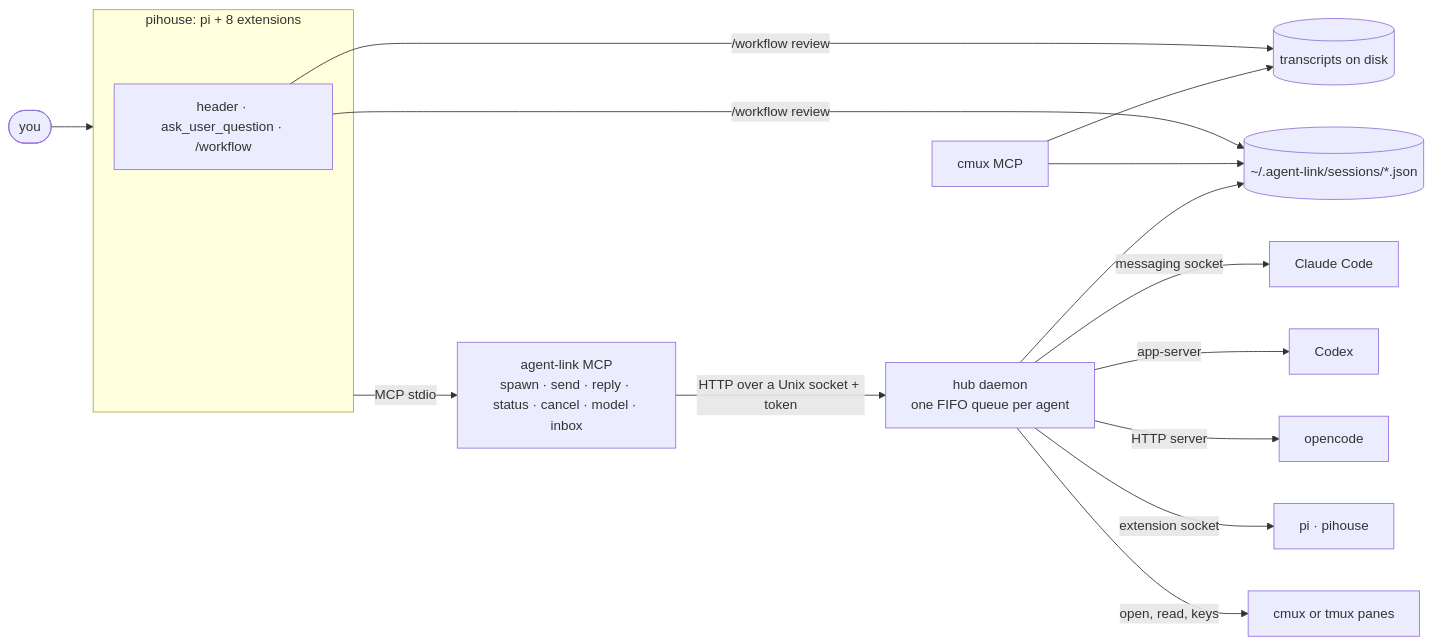
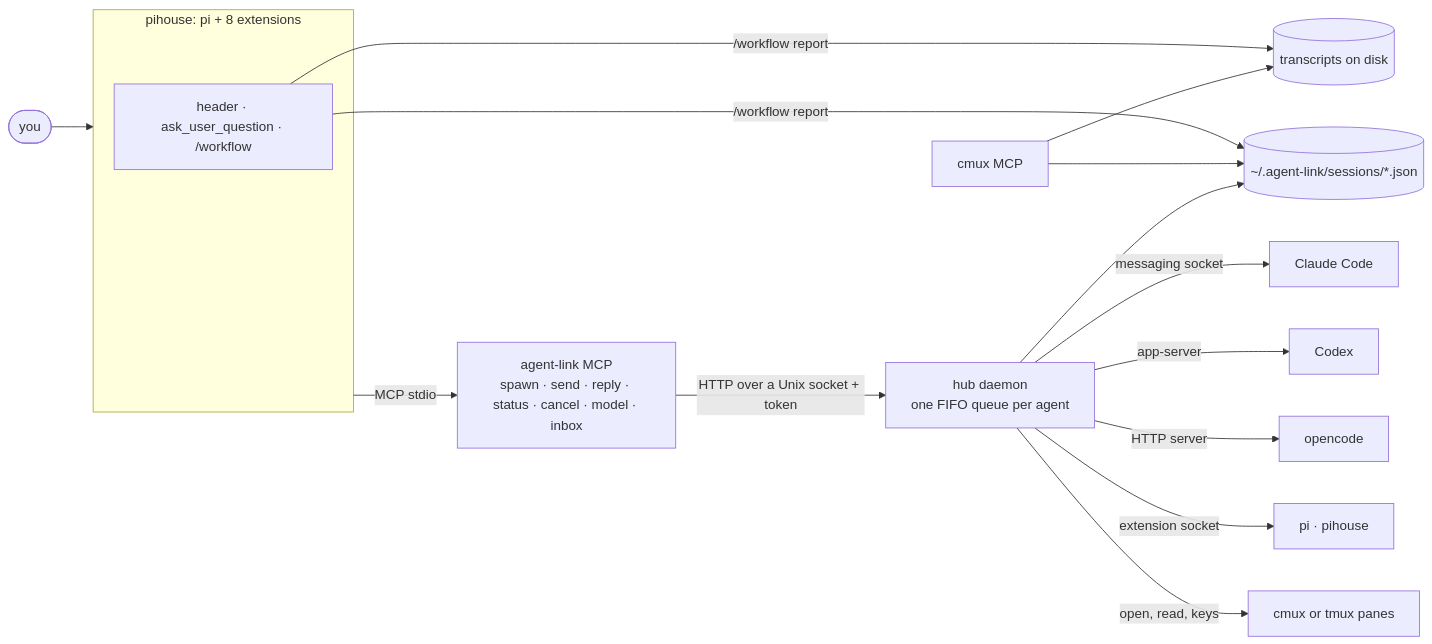
The third of 3 diagrams in README.md (Jero110/pi-house), drawn with Mermaid before and after one commit. The commit also changed other lines of this file and 12 other files, not shown here.

````diff
--- a/README.md
+++ b/README.md
@@ -369,19 +360,19 @@
 ```mermaid
 flowchart LR
   you(["you"]) --> pihouse
   subgraph pihouse["pihouse: pi + 8 extensions"]
     ext["header · ask_user_question · /workflow"]
   end
   pihouse -- "MCP stdio" --> mcp["agent-link MCP<br/>spawn · send · reply · status · cancel · model · inbox"]
   mcp -- "HTTP over a Unix socket + token" --> hub["hub daemon<br/>one FIFO queue per agent"]
   hub -- "messaging socket" --> claude["Claude Code"]
   hub -- "app-server" --> codex["Codex"]
   hub -- "HTTP server" --> oc["opencode"]
   hub -- "extension socket" --> piw["pi · pihouse"]
   hub -- "open, read, keys" --> panes["cmux or tmux panes"]
   hub --> journal[("~/.agent-link/sessions/*.json")]
   cmux["cmux MCP"] --> journal
   cmux --> tr[("transcripts on disk")]
-  ext -- "/workflow review" --> journal
-  ext -- "/workflow review" --> tr
+  ext -- "/workflow report" --> journal
+  ext -- "/workflow report" --> tr
 ```
````
